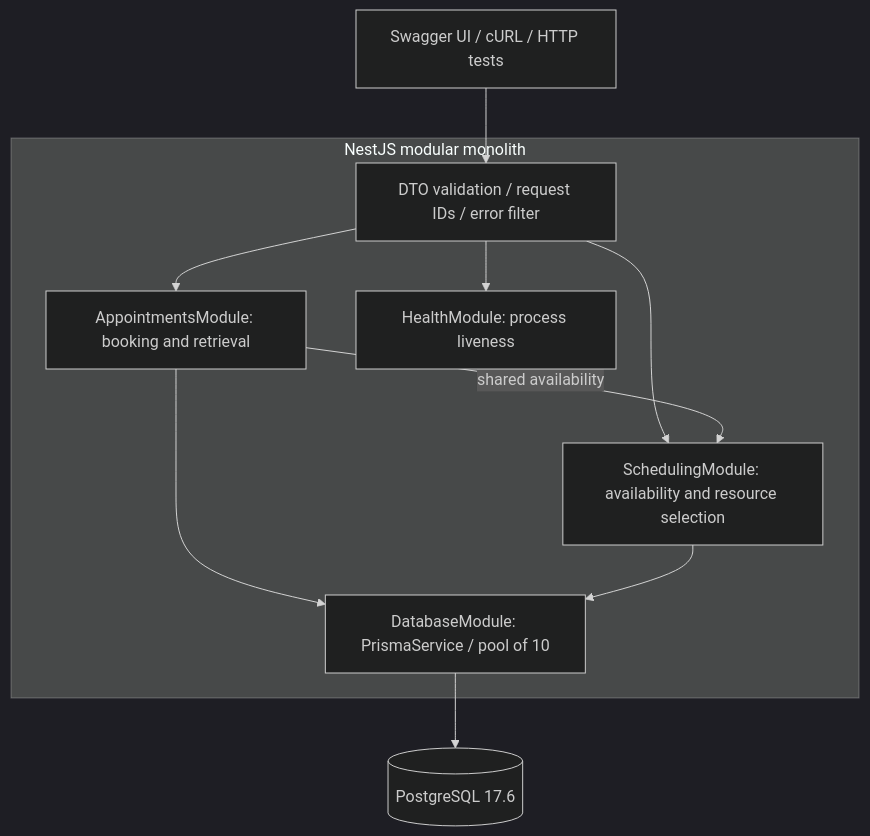
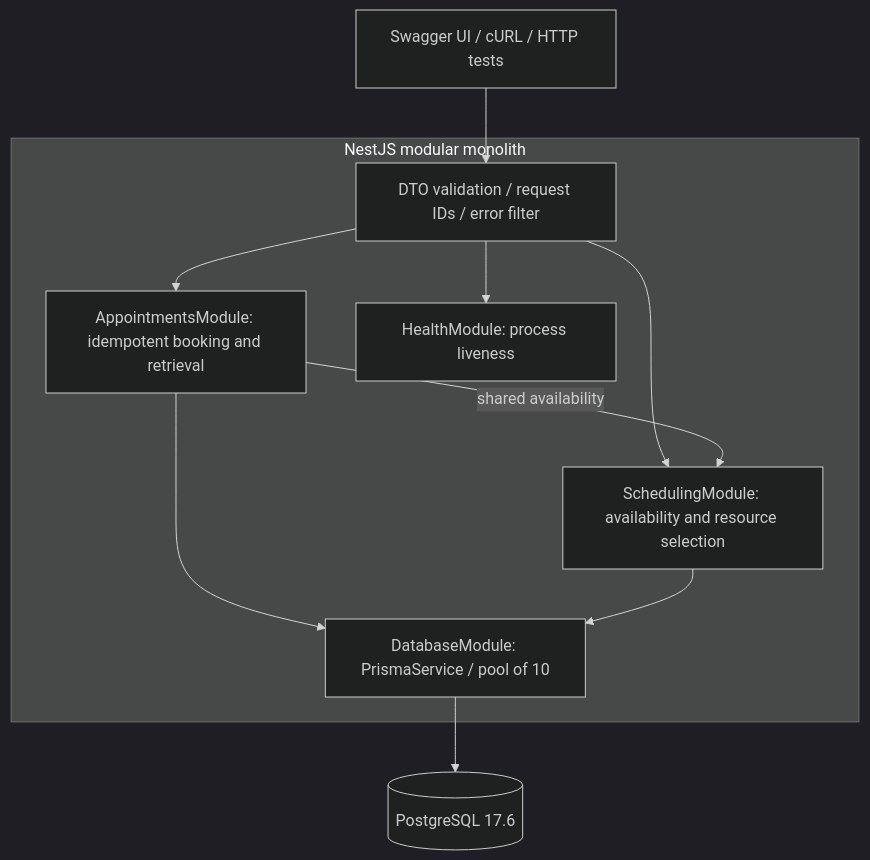
One commit to kiettle/keyloop-service-scheduler changed the first of 3 diagrams in docs/SYSTEM_DESIGN.md. Above: the diagram before and after it, drawn with Mermaid (dark theme). The commit also changed other lines of this file and 32 other files, not shown here.

````diff
--- a/docs/SYSTEM_DESIGN.md
+++ b/docs/SYSTEM_DESIGN.md
@@ -27,19 +28,19 @@
 ```mermaid
 flowchart TB
   Client["Swagger UI / cURL / HTTP tests"]
   subgraph App["NestJS modular monolith"]
     HTTP["DTO validation / request IDs / error filter"]
-    Bookings["AppointmentsModule: booking and retrieval"]
+    Bookings["AppointmentsModule: idempotent booking and retrieval"]
     Scheduling["SchedulingModule: availability and resource selection"]
     Health["HealthModule: process liveness"]
     Prisma["DatabaseModule: PrismaService / pool of 10"]
     HTTP --> Bookings
     HTTP --> Scheduling
     HTTP --> Health
     Bookings -->|shared availability| Scheduling
     Bookings --> Prisma
     Scheduling --> Prisma
   end
   Client --> HTTP
   Prisma --> PG[("PostgreSQL 17.6")]
 ```
````
